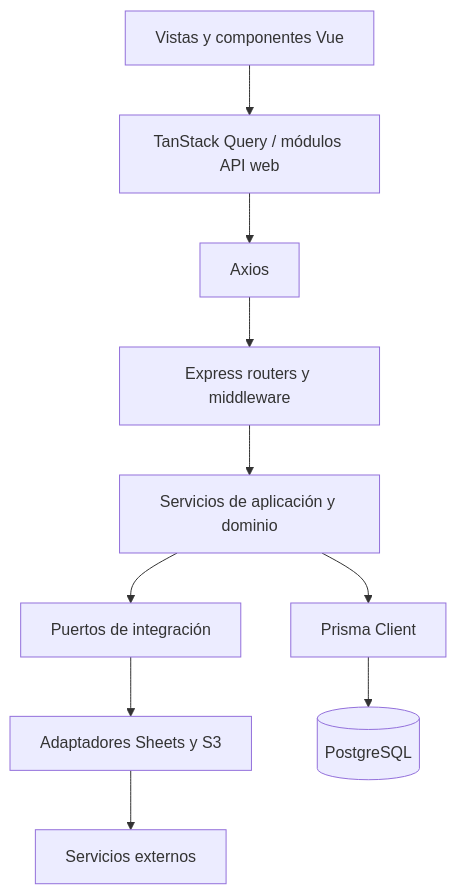
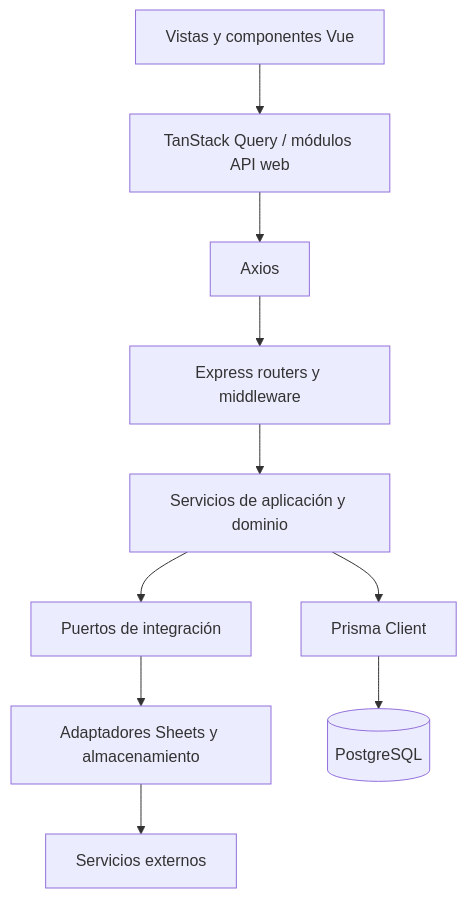
The third of 3 diagrams in docs/technical/architecture.md (luistorres-idt/puk), drawn with Mermaid before and after one commit. The commit also changed other lines of this file and 14 other files, not shown here.

````diff
--- a/docs/technical/architecture.md
+++ b/docs/technical/architecture.md
@@ -55,16 +55,16 @@
 ```mermaid
 flowchart TD
     View[Vistas y componentes Vue]
     Query[TanStack Query / módulos API web]
     Http[Axios]
     Router[Express routers y middleware]
     Service[Servicios de aplicación y dominio]
     Port[Puertos de integración]
     Prisma[Prisma Client]
-    Adapter[Adaptadores Sheets y S3]
+    Adapter[Adaptadores Sheets y almacenamiento]
 
     View --> Query --> Http --> Router --> Service
     Service --> Prisma --> DB[(PostgreSQL)]
     Service --> Port --> Adapter
     Adapter --> External[Servicios externos]
 ```
````
